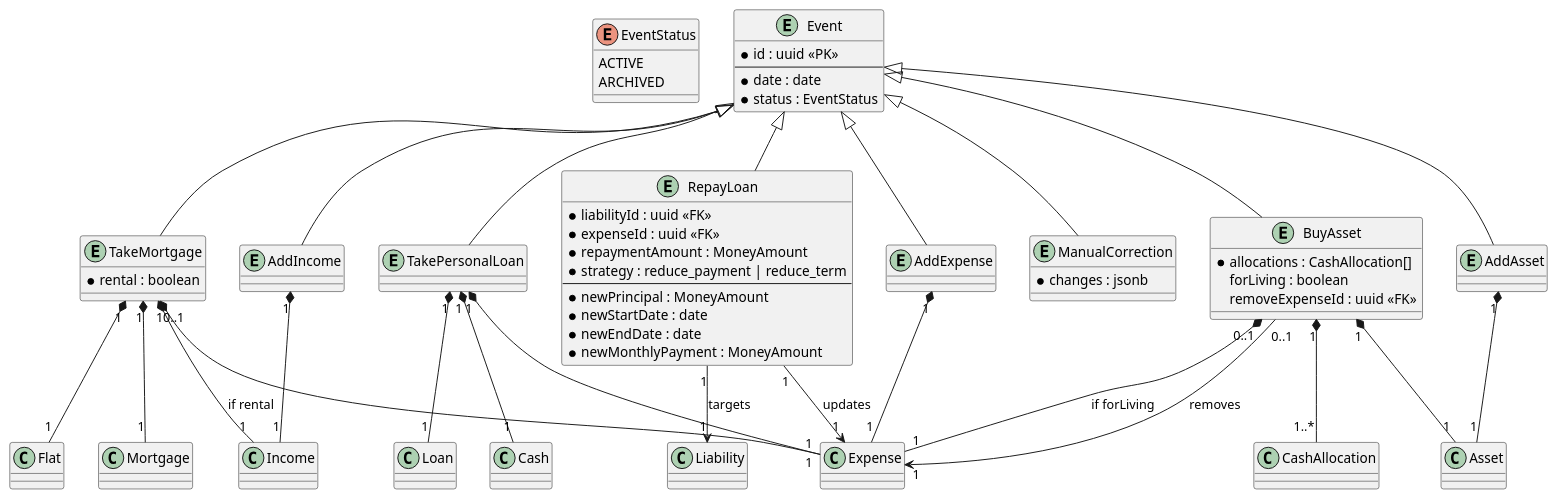
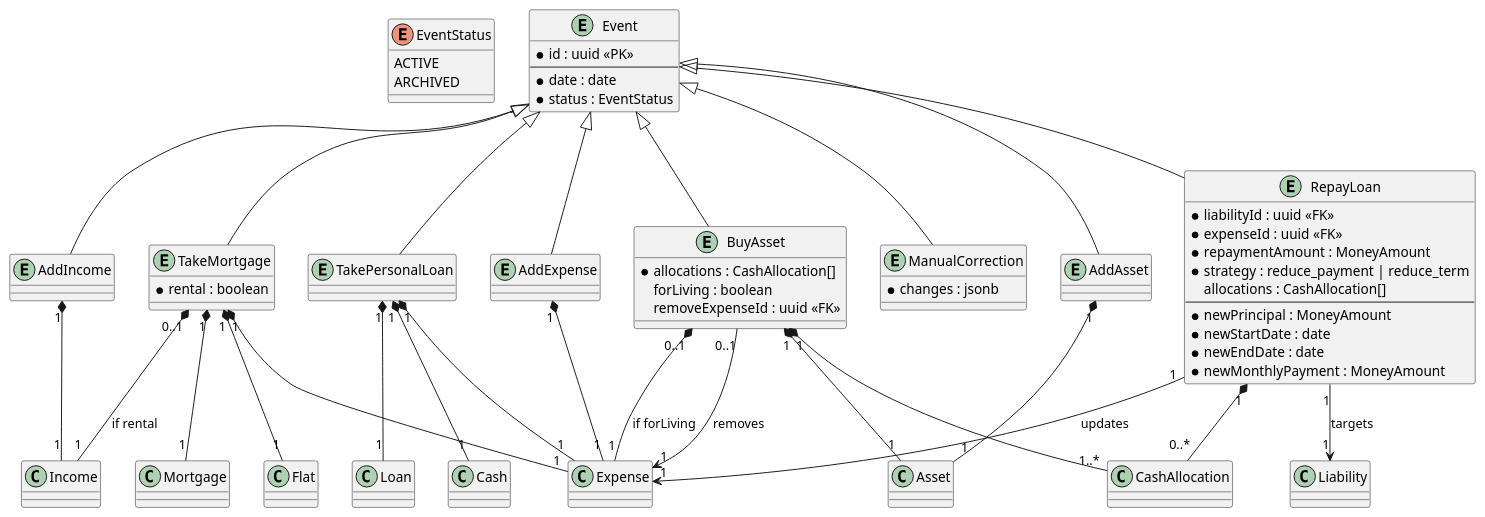
Before and after one commit to littlewhywhat/loan-advisor: the diagram in spec/diagram/events.puml, drawn with PlantUML. The commit also changed 7 other files, not shown here.

First line of the commit message:
feat: repay loan with cash asset allocations

```diff
--- a/spec/diagram/events.puml
+++ b/spec/diagram/events.puml
@@ -1,84 +1,86 @@
 @startuml finance-events
 
 enum EventStatus {
   ACTIVE
   ARCHIVED
 }
 
 entity Event {
   * id : uuid <<PK>>
   --
   * date : date
   * status : EventStatus
 }
 
 entity TakeMortgage {
   * rental : boolean
 }
 
 entity TakePersonalLoan {
 }
 
 entity AddAsset {
 }
 
 entity AddIncome {
 }
 
 entity AddExpense {
 }
 
 entity ManualCorrection {
   * changes : jsonb
 }
 
 entity RepayLoan {
   * liabilityId : uuid <<FK>>
   * expenseId : uuid <<FK>>
   * repaymentAmount : MoneyAmount
   * strategy : reduce_payment | reduce_term
+  allocations : CashAllocation[]
   --
   * newPrincipal : MoneyAmount
   * newStartDate : date
   * newEndDate : date
   * newMonthlyPayment : MoneyAmount
 }
 
 entity BuyAsset {
   * allocations : CashAllocation[]
   forLiving : boolean
   removeExpenseId : uuid <<FK>>
 }
 
 Event <|-- TakeMortgage
 Event <|-- TakePersonalLoan
 Event <|-- AddAsset
 Event <|-- AddIncome
 Event <|-- AddExpense
 Event <|-- ManualCorrection
 Event <|-- RepayLoan
 Event <|-- BuyAsset
 
 TakeMortgage "1" *-- "1" Mortgage
 TakeMortgage "1" *-- "1" Flat
 TakeMortgage "1" *-- "1" Expense
 TakeMortgage "0..1" *-- "1" Income : if rental
 
 TakePersonalLoan "1" *-- "1" Loan
 TakePersonalLoan "1" *-- "1" Cash
 TakePersonalLoan "1" *-- "1" Expense
 
 AddAsset "1" *-- "1" Asset
 
 AddIncome "1" *-- "1" Income
 AddExpense "1" *-- "1" Expense
 
 RepayLoan "1" --> "1" Liability : targets
 RepayLoan "1" --> "1" Expense : updates
+RepayLoan "1" *-- "0..*" CashAllocation
 
 BuyAsset "1" *-- "1" Asset
 BuyAsset "1" *-- "1..*" CashAllocation
 BuyAsset "0..1" *-- "1" Expense : if forLiving
 BuyAsset "0..1" --> "1" Expense : removes
 
 @enduml
```
